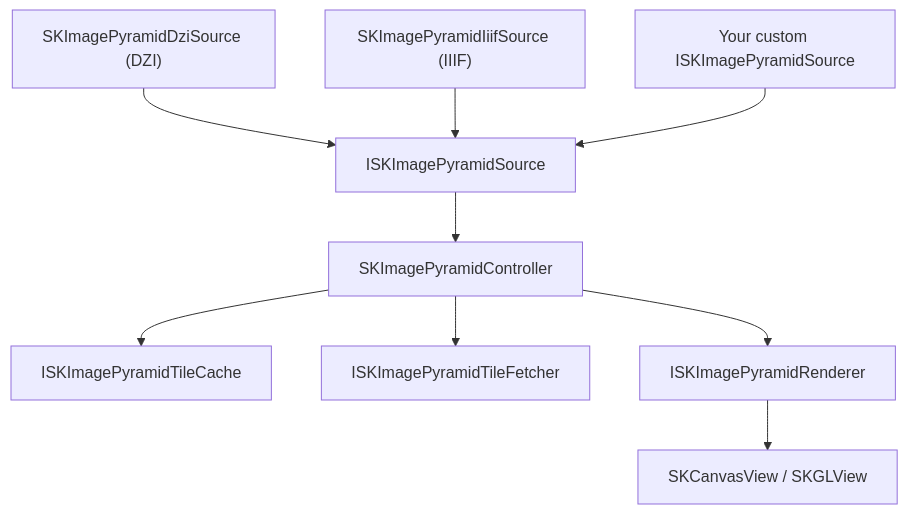
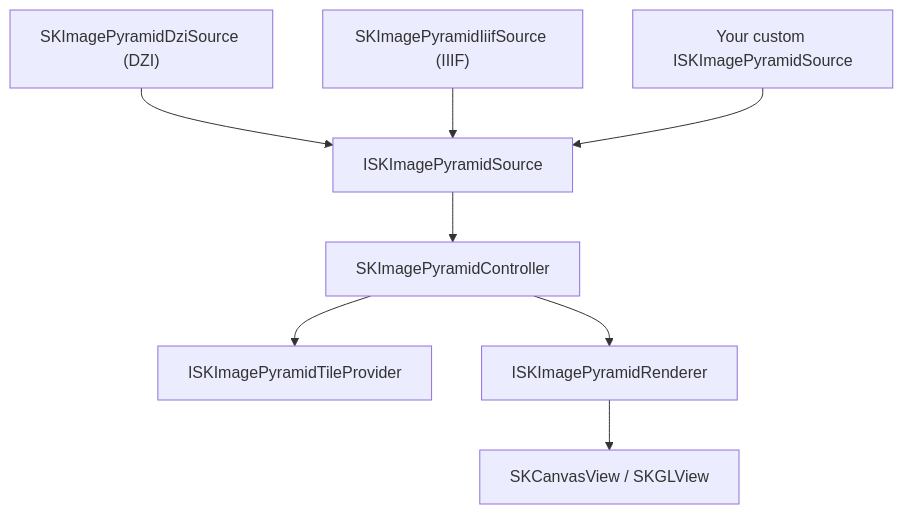
One commit to mono/SkiaSharp.Extended changed the diagram in docs/docs/image-pyramid/index.md. Above: the diagram before and after it, drawn with Mermaid. The commit also changed other lines of this file and 14 other files, not shown here.

````diff
--- a/docs/docs/image-pyramid/index.md
+++ b/docs/docs/image-pyramid/index.md
@@ -21,21 +21,19 @@
 ```mermaid
 graph TD
     Src1["SKImagePyramidDziSource (DZI)"]
     Src2["SKImagePyramidIiifSource (IIIF)"]
     Src3["Your custom ISKImagePyramidSource"]
     Source["ISKImagePyramidSource"]
     Controller["SKImagePyramidController"]
-    Cache["ISKImagePyramidTileCache"]
-    Fetcher["ISKImagePyramidTileFetcher"]
+    Provider["ISKImagePyramidTileProvider"]
     Renderer["ISKImagePyramidRenderer"]
     Canvas["SKCanvasView / SKGLView"]
 
     Src1 --> Source
     Src2 --> Source
     Src3 --> Source
     Source --> Controller
-    Controller --> Cache
-    Controller --> Fetcher
+    Controller --> Provider
     Controller --> Renderer
     Renderer --> Canvas
 ```
````
